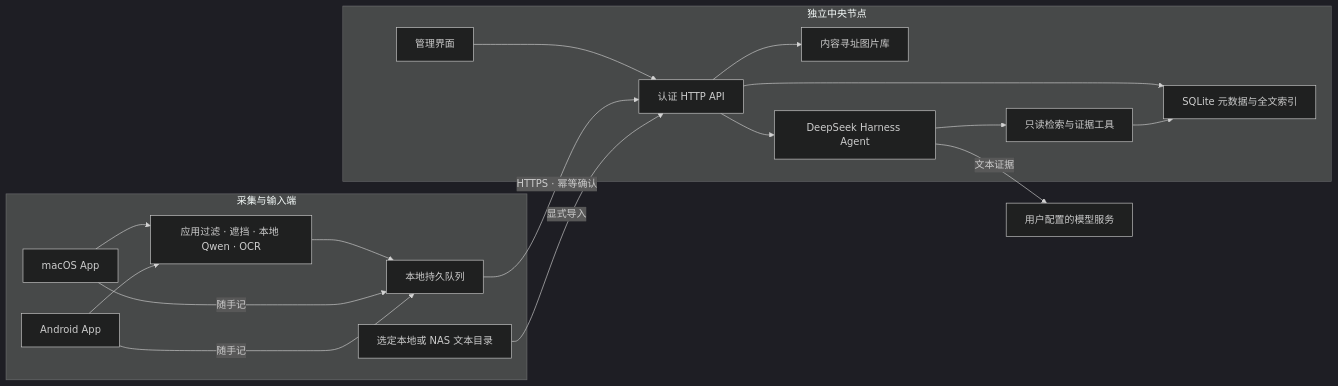
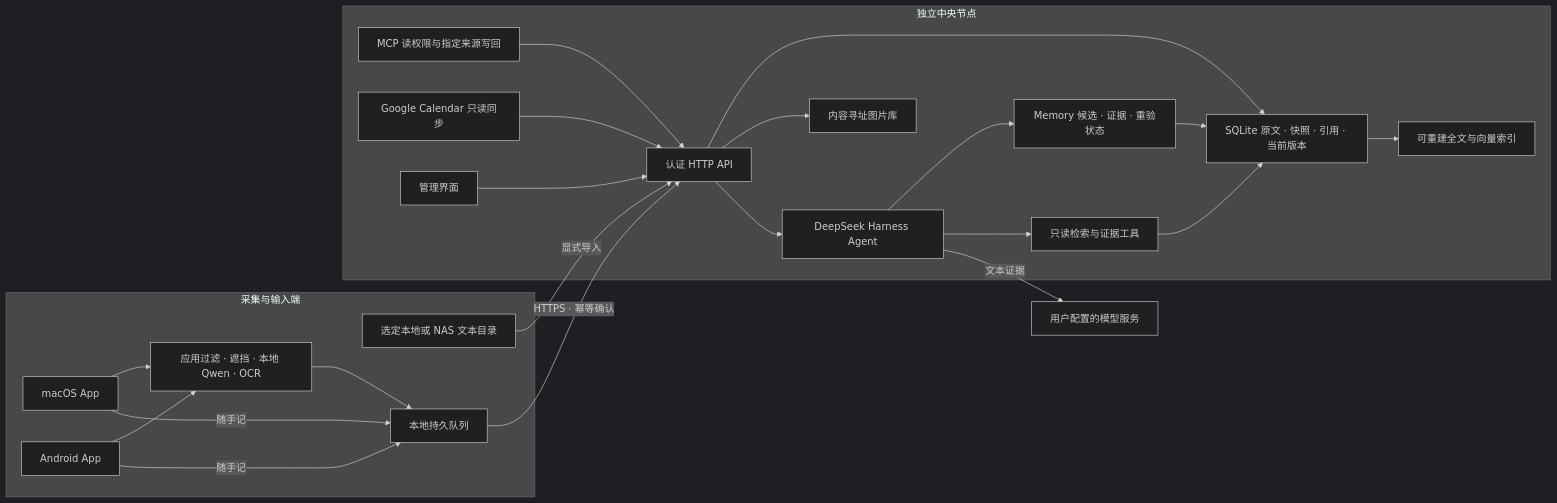
The diagram in README.md (utopiafar/mote), drawn with Mermaid (dark theme) before and after one commit. The commit also changed other lines of this file and 85 other files, not shown here.

````diff
--- a/README.md
+++ b/README.md
@@ -24,32 +26,41 @@
 ```mermaid
 flowchart LR
   subgraph Endpoints[采集与输入端]
     Mac[macOS App]
     Android[Android App]
     Files[选定本地或 NAS 文本目录]
     Privacy[应用过滤 · 遮挡 · 本地 Qwen · OCR]
     Queue[本地持久队列]
     Mac --> Privacy
     Android --> Privacy
     Privacy --> Queue
     Mac -->|随手记| Queue
     Android -->|随手记| Queue
   end
   subgraph Central[独立中央节点]
     API[认证 HTTP API]
-    Store[SQLite 元数据与全文索引]
+    Store[SQLite 原文 · 快照 · 引用 · 当前版本]
+    Index[可重建全文与向量索引]
+    Memory[Memory 候选 · 证据 · 重验状态]
+    MCP[MCP 读权限与指定来源写回]
+    Cloud[Google Calendar 只读同步]
+    Store --> Index
+    Agent --> Memory
+    Memory --> Store
+    MCP --> API
+    Cloud --> API
     Blobs[内容寻址图片库]
     Agent[DeepSeek Harness Agent]
     Tools[只读检索与证据工具]
     UI[管理界面]
     API --> Store
     API --> Blobs
     UI --> API
     API --> Agent
     Agent --> Tools
     Tools --> Store
   end
   Queue -->|HTTPS · 幂等确认| API
   Files -->|显式导入| API
   Agent -->|文本证据| Model[用户配置的模型服务]
 ```
````
